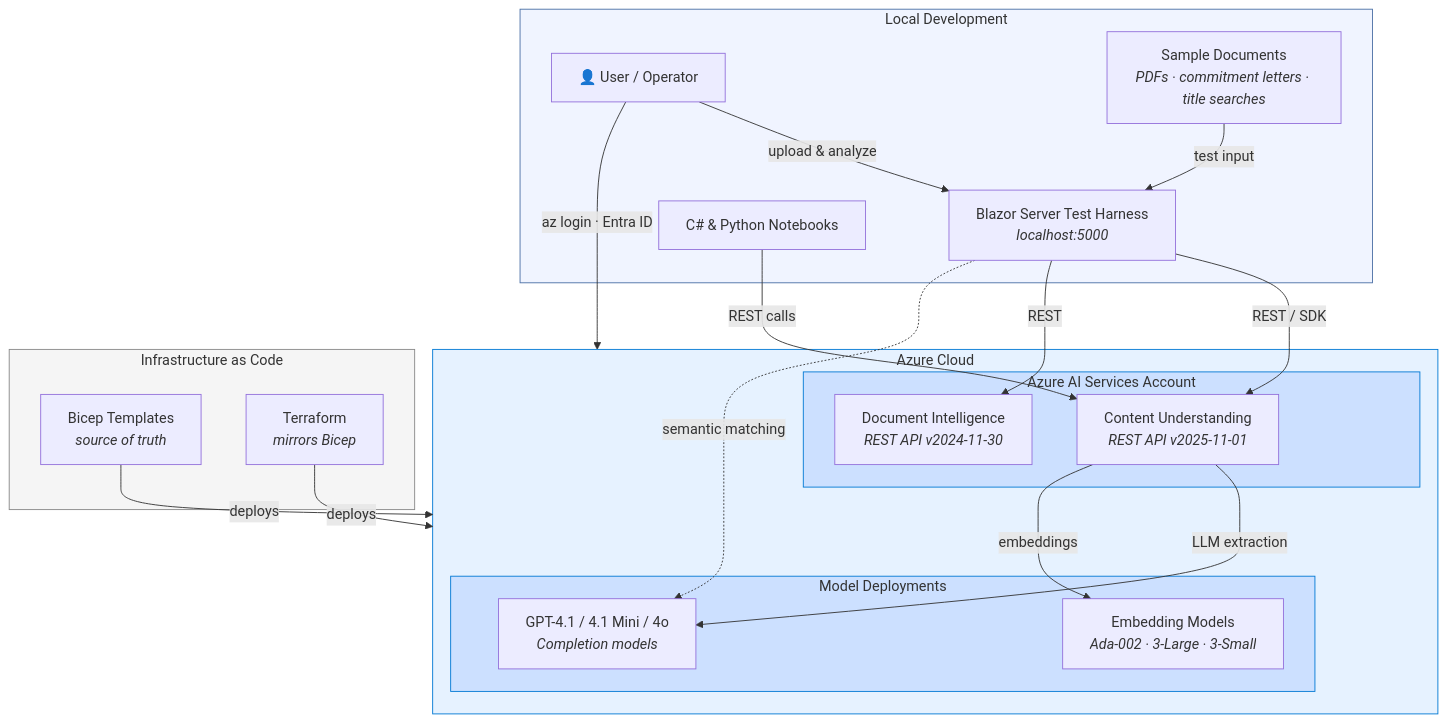
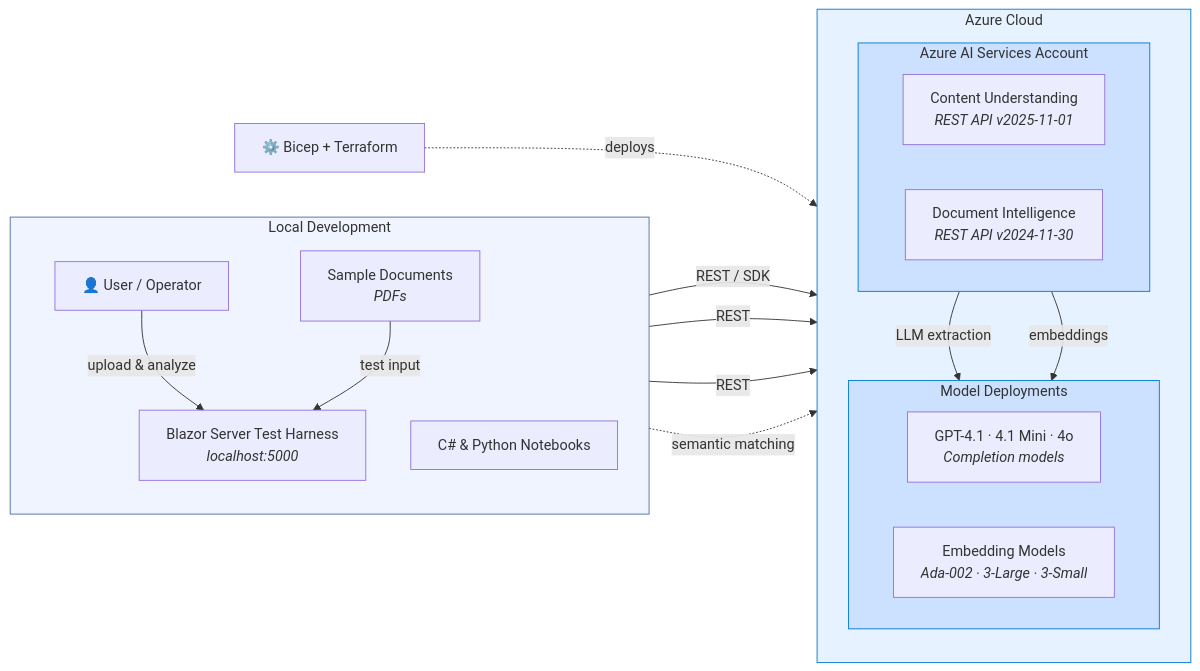
The first of 2 diagrams in README.md (harryschaefer93/azure-content-understanding-workshop), drawn with Mermaid before and after one commit. The commit also changed other lines of this file, not shown here.

Commit message:
Refactor architecture diagram for readability
- Switch from TB to LR flow for natural left-to-right reading
- Move intra-subgraph connections (User→Harness, Samples→Harness,
  CU→GPT, CU→Embed) inside their subgraphs to eliminate crossings
- Remove the User→Azure auth arrow (documented in blockquote)
- Consolidate IaC into a single lightweight node instead of a subgraph
  with two nodes and two crossing deploy arrows
- Add direction hints (TB/LR) to subgraphs for clean column alignment
- Add Infrastructure note to the blockquote below the diagram

Agent-Logs-Url: https://github.com/harryschaefer93/azure-content-understanding-workshop/sessions/a9232a1e-3676-4d07-b32b-c0d25fe88e88

````diff
--- a/README.md
+++ b/README.md
@@ -13,43 +13,40 @@
 ```mermaid
-flowchart TB
+flowchart LR
     subgraph Local["Local Development"]
+        direction TB
         User["👤 User / Operator"]
         Harness["Blazor Server Test Harness<br/><i>localhost:5000</i>"]
         Notebooks["C# &amp; Python Notebooks"]
-        Samples["Sample Documents<br/><i>PDFs · commitment letters · title searches</i>"]
+        Samples["Sample Documents<br/><i>PDFs</i>"]
+        User -->|"upload &amp; analyze"| Harness
+        Samples -->|"test input"| Harness
     end
 
     subgraph Azure["Azure Cloud"]
+        direction TB
         subgraph CU_Account["Azure AI Services Account"]
+            direction LR
             CU["Content Understanding<br/><i>REST API v2025-11-01</i>"]
             DI["Document Intelligence<br/><i>REST API v2024-11-30</i>"]
         end
         subgraph Models["Model Deployments"]
-            GPT["GPT-4.1 / 4.1 Mini / 4o<br/><i>Completion models</i>"]
+            direction LR
+            GPT["GPT-4.1 · 4.1 Mini · 4o<br/><i>Completion models</i>"]
             Embed["Embedding Models<br/><i>Ada-002 · 3-Large · 3-Small</i>"]
         end
+        CU -->|"LLM extraction"| GPT
+        CU -->|"embeddings"| Embed
     end
 
-    subgraph IaC["Infrastructure as Code"]
-        Bicep["Bicep Templates<br/><i>source of truth</i>"]
-        TF["Terraform<br/><i>mirrors Bicep</i>"]
-    end
-
-    User -->|"upload &amp; analyze"| Harness
     Harness -->|"REST / SDK"| CU
     Harness -->|"REST"| DI
-    CU -->|"LLM extraction"| GPT
-    CU -->|"embeddings"| Embed
+    Notebooks -->|"REST"| CU
     Harness -.->|"semantic matching"| GPT
-    Notebooks -->|"REST calls"| CU
-    Samples -->|"test input"| Harness
-    Bicep -->|"deploys"| Azure
-    TF -->|"deploys"| Azure
-    User -->|"az login · Entra ID"| Azure
+
+    IaC["⚙️ Bicep + Terraform"] -.->|"deploys"| Azure
 
     style Local fill:#f0f4ff,stroke:#4a6fa5
     style Azure fill:#e6f2ff,stroke:#0078d4
-    style IaC fill:#f5f5f5,stroke:#888
     style CU_Account fill:#cce0ff,stroke:#0078d4
     style Models fill:#cce0ff,stroke:#0078d4
 ```
````
